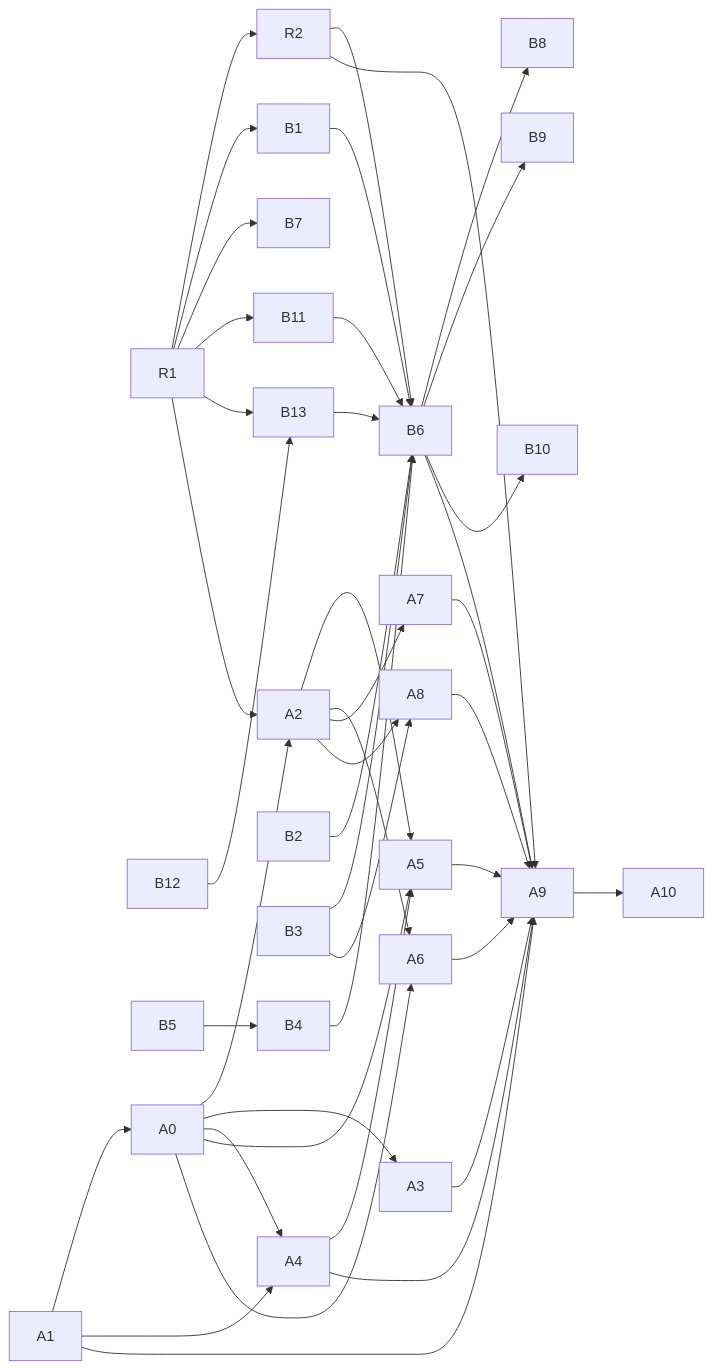
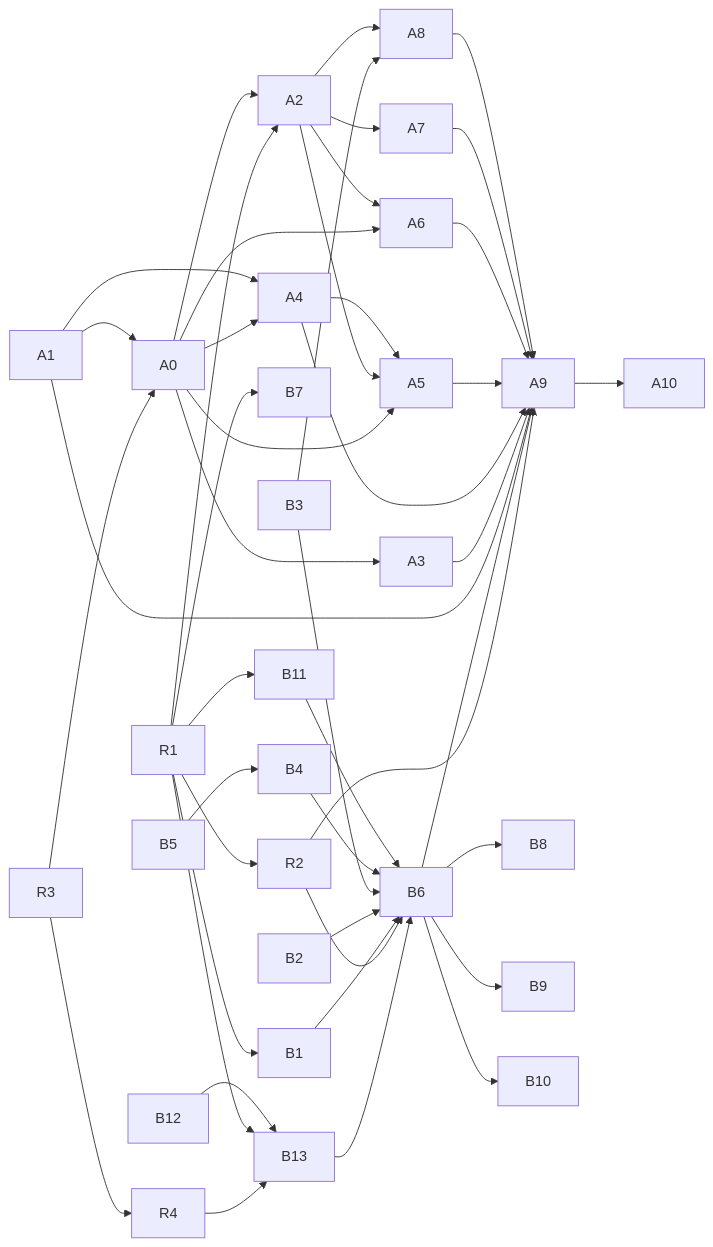
Before and after one commit to discobox-ai/discobox: the diagram in docs/tasks/947-remote-drivers-boxd-and-archil.md, drawn with Mermaid. The commit also changed other lines of this file, not shown here.

````diff
--- a/docs/tasks/947-remote-drivers-boxd-and-archil.md
+++ b/docs/tasks/947-remote-drivers-boxd-and-archil.md
@@ -174,44 +176,47 @@
 ```mermaid
 graph LR
   R1 --> R2
+  R3 --> R4
+  R3 --> A0
+  R4 --> B13
   R1 --> B1
   R1 --> B7
   R1 --> B11
   R1 --> B13
   B12 --> B13
   B13 --> B6
   R1 --> A2
   R2 --> B6
   R2 --> A9
   B1 --> B6
   B2 --> B6
   B3 --> B6
   B4 --> B6
   B5 --> B4
   B11 --> B6
   B6 --> B8
   B6 --> B9
   B6 --> B10
   B6 --> A9
   B3 --> A8
   A1 --> A0
   A0 --> A2
   A0 --> A3
   A0 --> A4
   A0 --> A5
   A0 --> A6
   A1 --> A4
   A1 --> A9
   A2 --> A5
   A2 --> A6
   A2 --> A7
   A2 --> A8
   A4 --> A5
   A3 --> A9
   A4 --> A9
   A5 --> A9
   A6 --> A9
   A7 --> A9
   A8 --> A9
   A9 --> A10
 ```
````
